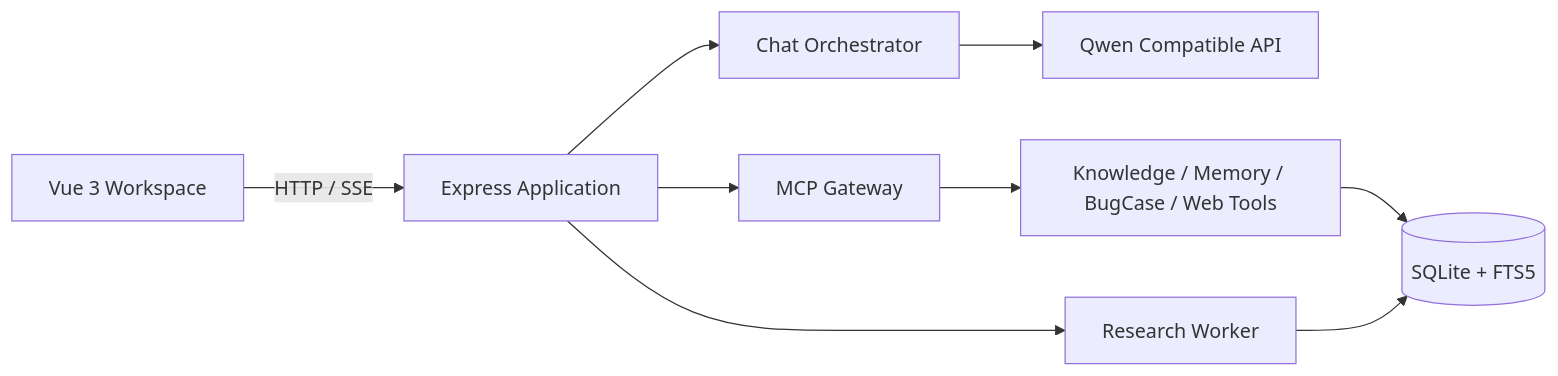
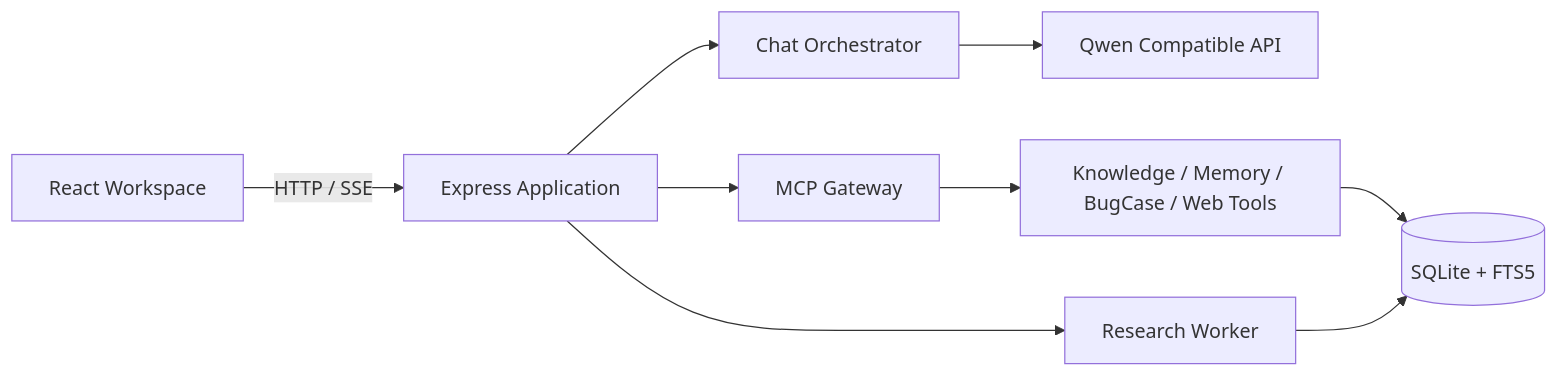
One commit to bingomaha-creator/Knowledge-Agent-Workspace changed the diagram in README.md. Above: the diagram before and after it, drawn with Mermaid. The commit also changed other lines of this file and 4 other files, not shown here.

````diff
--- a/README.md
+++ b/README.md
@@ -48,11 +48,11 @@
 ```mermaid
 flowchart LR
-  UI[Vue 3 Workspace] -->|HTTP / SSE| API[Express Application]
+  UI[React Workspace] -->|HTTP / SSE| API[Express Application]
   API --> CHAT[Chat Orchestrator]
   API --> MCP[MCP Gateway]
   CHAT --> MODEL[Qwen Compatible API]
   MCP --> TOOLS[Knowledge / Memory / BugCase / Web Tools]
   TOOLS --> DATA[(SQLite + FTS5)]
   API --> RESEARCH[Research Worker]
   RESEARCH --> DATA
 ```
````
